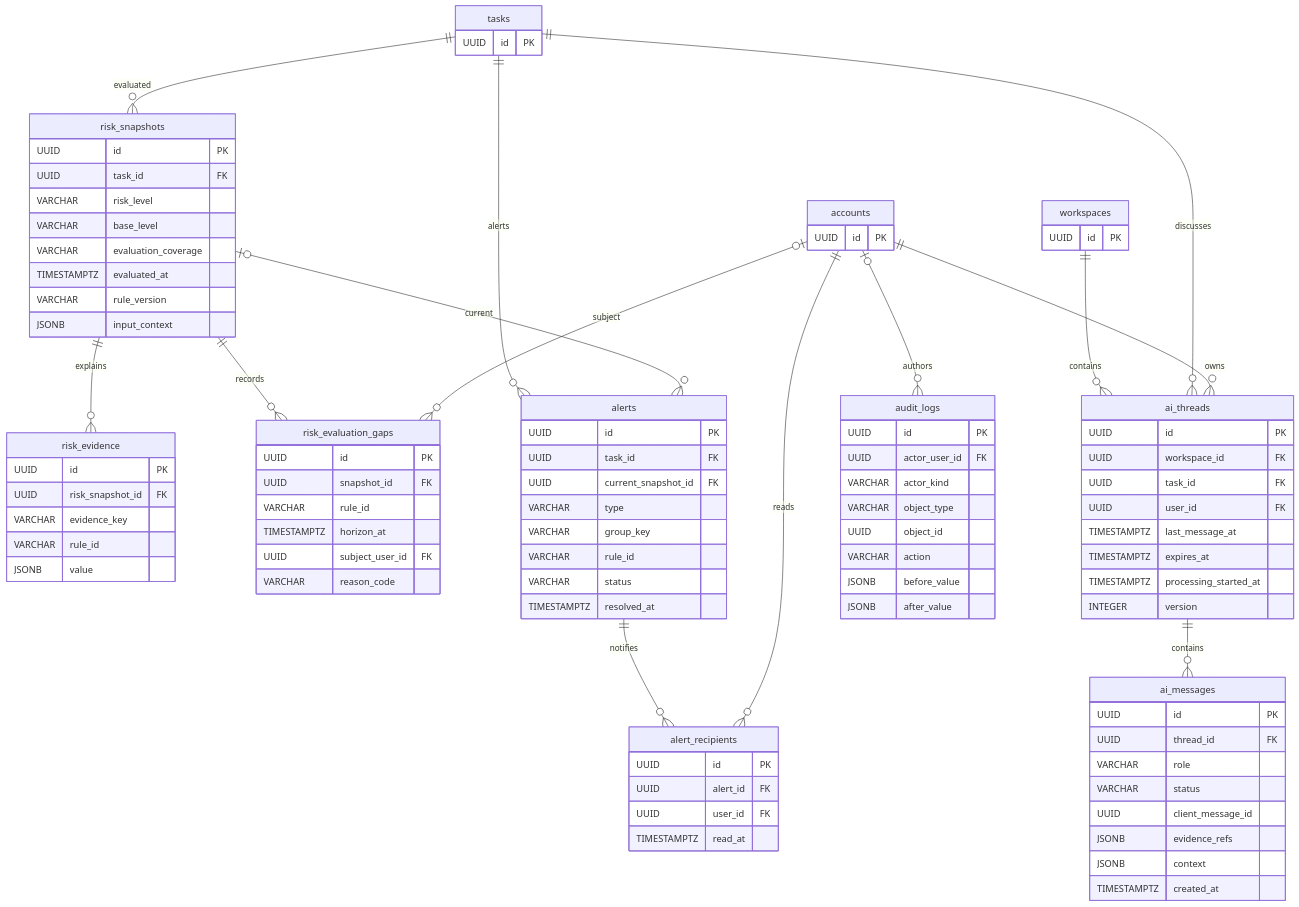
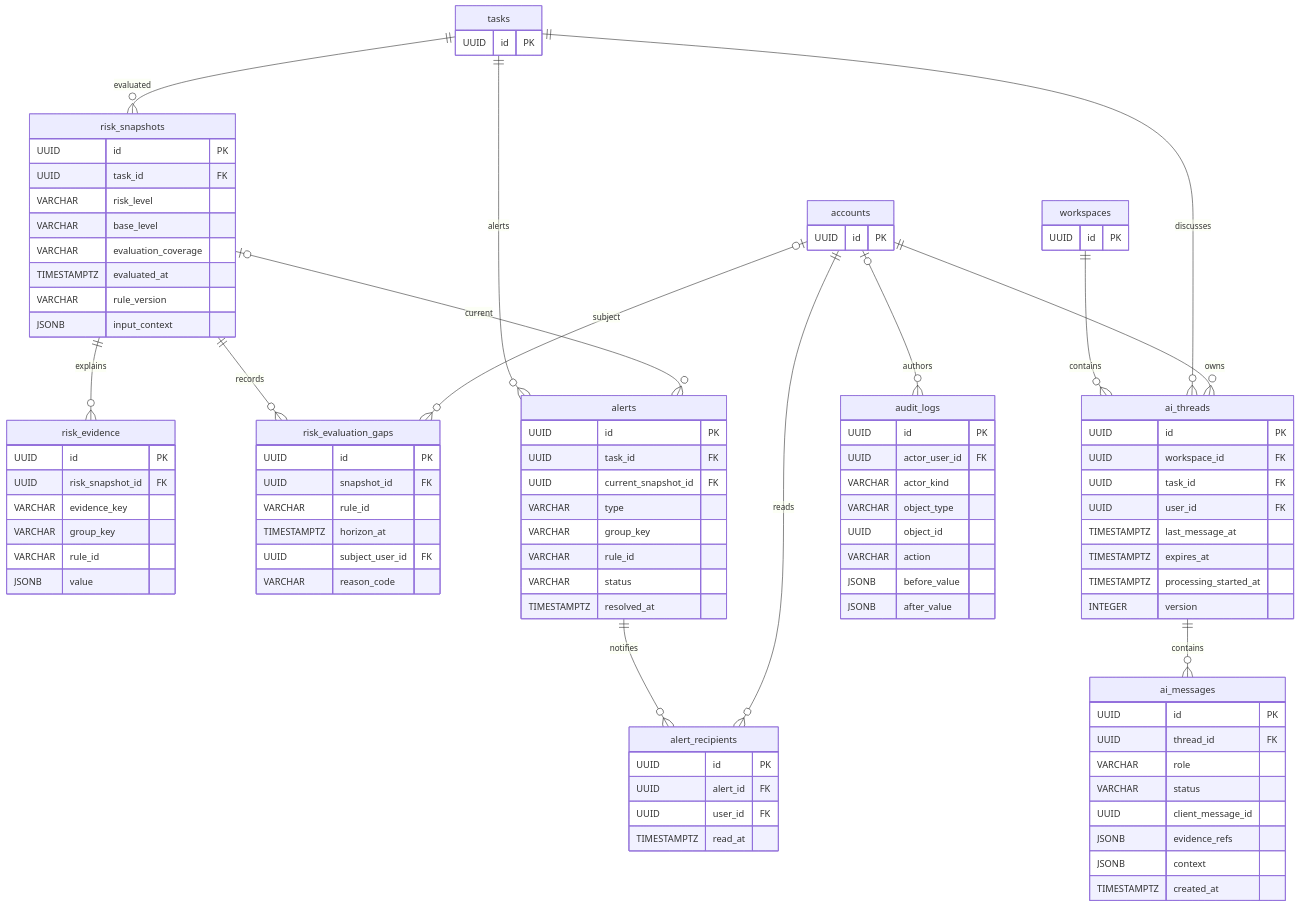
One commit to KhoiTran2905/CWRM-platform changed the third of 3 diagrams in docs/architecture/CWRM-11_ERD.md. Above: the diagram before and after it, drawn with Mermaid. The commit also changed other lines of this file and 3 other files, not shown here.

````diff
--- a/docs/architecture/CWRM-11_ERD.md
+++ b/docs/architecture/CWRM-11_ERD.md
@@ -193,63 +193,63 @@
 ```mermaid
 erDiagram
     tasks { UUID id PK }
     accounts { UUID id PK }
     workspaces { UUID id PK }
     risk_snapshots {
         UUID id PK
         UUID task_id FK
         VARCHAR risk_level
         VARCHAR base_level
         VARCHAR evaluation_coverage
         TIMESTAMPTZ evaluated_at
         VARCHAR rule_version
         JSONB input_context
     }
-    risk_evidence { UUID id PK UUID risk_snapshot_id FK VARCHAR evidence_key VARCHAR rule_id JSONB value }
+    risk_evidence { UUID id PK UUID risk_snapshot_id FK VARCHAR evidence_key VARCHAR group_key VARCHAR rule_id JSONB value }
     risk_evaluation_gaps { UUID id PK UUID snapshot_id FK VARCHAR rule_id TIMESTAMPTZ horizon_at UUID subject_user_id FK VARCHAR reason_code }
     alerts {
         UUID id PK
         UUID task_id FK
         UUID current_snapshot_id FK
         VARCHAR type
         VARCHAR group_key
         VARCHAR rule_id
         VARCHAR status
         TIMESTAMPTZ resolved_at
     }
     alert_recipients { UUID id PK UUID alert_id FK UUID user_id FK TIMESTAMPTZ read_at }
     ai_threads {
         UUID id PK
         UUID workspace_id FK
         UUID task_id FK
         UUID user_id FK
         TIMESTAMPTZ last_message_at
         TIMESTAMPTZ expires_at
         TIMESTAMPTZ processing_started_at
         INTEGER version
     }
     ai_messages {
         UUID id PK
         UUID thread_id FK
         VARCHAR role
         VARCHAR status
         UUID client_message_id
         JSONB evidence_refs
         JSONB context
         TIMESTAMPTZ created_at
     }
     audit_logs { UUID id PK UUID actor_user_id FK VARCHAR actor_kind VARCHAR object_type UUID object_id VARCHAR action JSONB before_value JSONB after_value }
     tasks ||--o{ risk_snapshots : evaluated
     risk_snapshots ||--o{ risk_evidence : explains
     risk_snapshots ||--o{ risk_evaluation_gaps : records
     accounts o|--o{ risk_evaluation_gaps : subject
     tasks ||--o{ alerts : alerts
     risk_snapshots o|--o{ alerts : current
     alerts ||--o{ alert_recipients : notifies
     accounts ||--o{ alert_recipients : reads
     workspaces ||--o{ ai_threads : contains
     tasks ||--o{ ai_threads : discusses
     accounts ||--o{ ai_threads : owns
     ai_threads ||--o{ ai_messages : contains
     accounts o|--o{ audit_logs : authors
 ```
````
